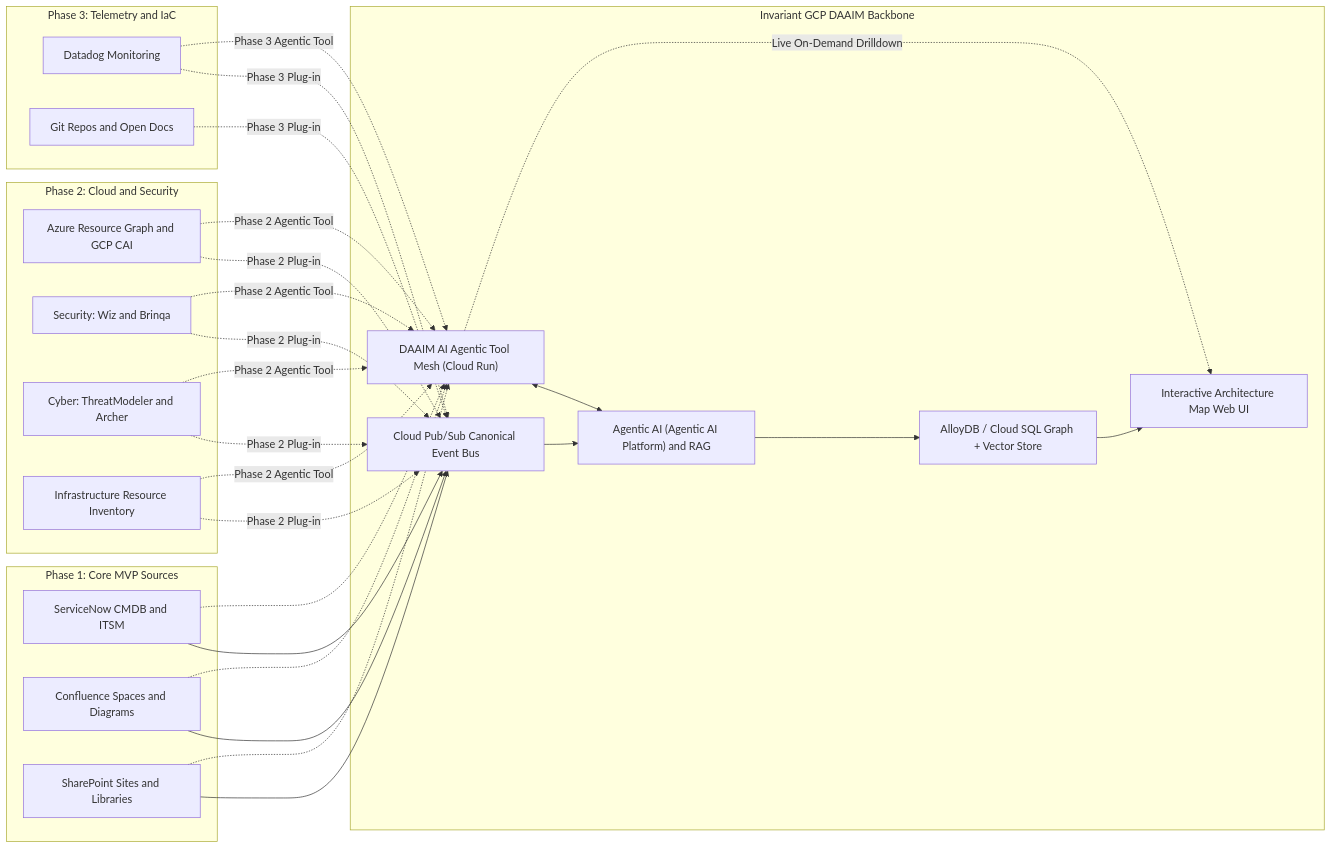
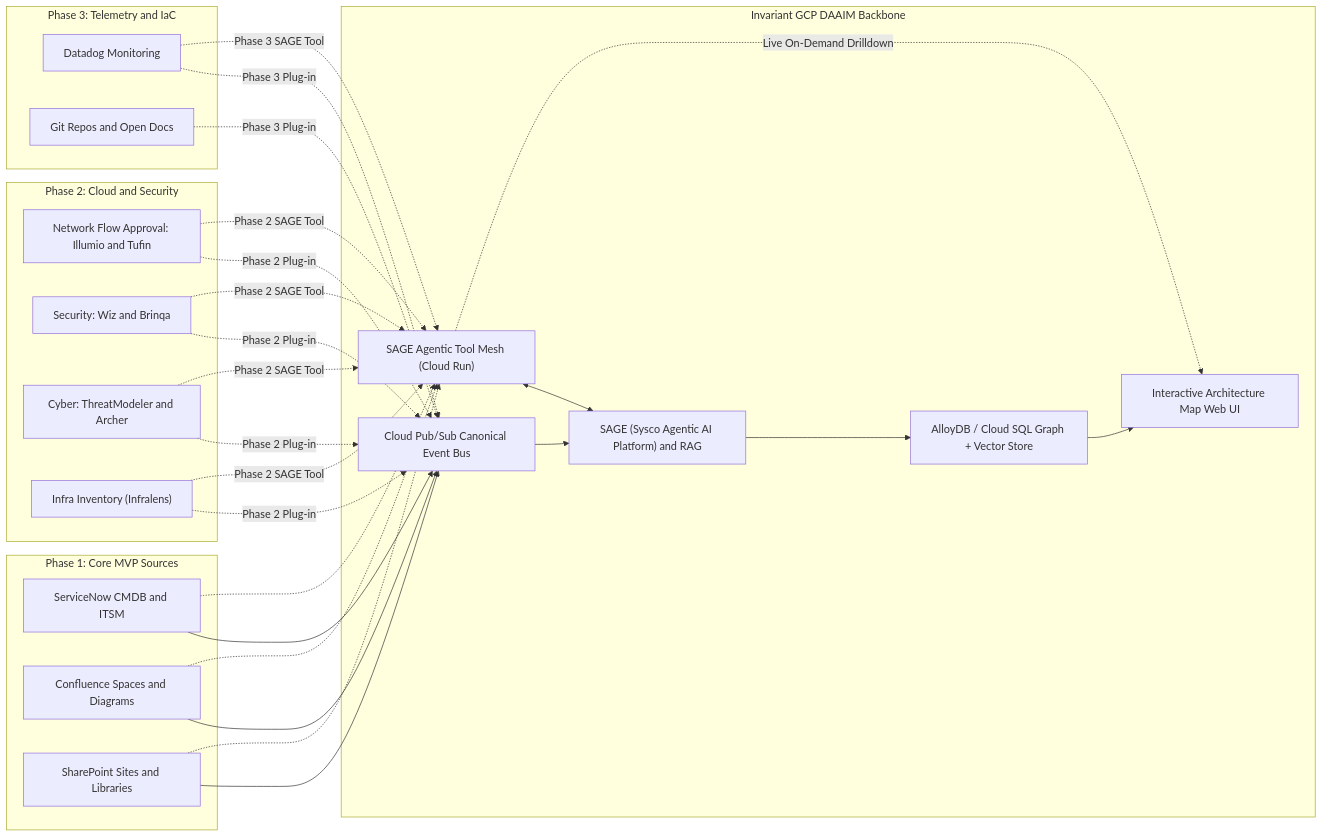
One commit to ScrappyBeard/DAAIM changed the first of 9 diagrams in docs/daaim_architecture_design_doc.md. Above: the diagram before and after it, drawn with Mermaid. The commit also changed other lines of this file and 3 other files, not shown here.

````diff
--- a/docs/daaim_architecture_design_doc.md
+++ b/docs/daaim_architecture_design_doc.md
@@ -35,54 +37,54 @@
 ```mermaid
 flowchart LR
     subgraph P1["Phase 1: Core MVP Sources"]
         SNOW["ServiceNow CMDB and ITSM"]
         CONF["Confluence Spaces and Diagrams"]
         SP["SharePoint Sites and Libraries"]
     end
 
     subgraph P2["Phase 2: Cloud and Security"]
-        CLOUD["Azure Resource Graph and GCP CAI"]
+        CLOUD["Network Flow Approval: Illumio and Tufin"]
         SEC["Security: Wiz and Brinqa"]
         CYBER["Cyber: ThreatModeler and Archer"]
-        RES["Infrastructure Resource Inventory"]
+        RES["Infra Inventory (Infralens)"]
     end
 
     subgraph P3["Phase 3: Telemetry and IaC"]
         OBS["Datadog Monitoring"]
         GIT["Git Repos and Open Docs"]
     end
 
     subgraph CORE["Invariant GCP DAAIM Backbone"]
         PUBSUB["Cloud Pub/Sub Canonical Event Bus"]
-        TOOL_MESH["DAAIM AI Agentic Tool Mesh (Cloud Run)"]
-        VERTEX["Agentic AI (Agentic AI Platform) and RAG"]
+        SAGE_MESH["SAGE Agentic Tool Mesh (Cloud Run)"]
+        VERTEX["SAGE (Sysco Agentic AI Platform) and RAG"]
         STORE["AlloyDB / Cloud SQL Graph + Vector Store"]
         UI["Interactive Architecture Map Web UI"]
     end
 
     SNOW --> PUBSUB
     CONF --> PUBSUB
     SP --> PUBSUB
-    SNOW -.-> TOOL_MESH
-    CONF -.-> TOOL_MESH
-    SP -.-> TOOL_MESH
+    SNOW -.-> SAGE_MESH
+    CONF -.-> SAGE_MESH
+    SP -.-> SAGE_MESH
 
     CLOUD -.->|"Phase 2 Plug-in"| PUBSUB
     SEC -.->|"Phase 2 Plug-in"| PUBSUB
     CYBER -.->|"Phase 2 Plug-in"| PUBSUB
     RES -.->|"Phase 2 Plug-in"| PUBSUB
-    CLOUD -.->|"Phase 2 Agentic Tool"| TOOL_MESH
-    SEC -.->|"Phase 2 Agentic Tool"| TOOL_MESH
-    CYBER -.->|"Phase 2 Agentic Tool"| TOOL_MESH
-    RES -.->|"Phase 2 Agentic Tool"| TOOL_MESH
+    CLOUD -.->|"Phase 2 SAGE Tool"| SAGE_MESH
+    SEC -.->|"Phase 2 SAGE Tool"| SAGE_MESH
+    CYBER -.->|"Phase 2 SAGE Tool"| SAGE_MESH
+    RES -.->|"Phase 2 SAGE Tool"| SAGE_MESH
 
     OBS -.->|"Phase 3 Plug-in"| PUBSUB
     GIT -.->|"Phase 3 Plug-in"| PUBSUB
-    OBS -.->|"Phase 3 Agentic Tool"| TOOL_MESH
+    OBS -.->|"Phase 3 SAGE Tool"| SAGE_MESH
 
     PUBSUB --> VERTEX
-    TOOL_MESH <--> VERTEX
+    SAGE_MESH <--> VERTEX
     VERTEX --> STORE
     STORE --> UI
-    TOOL_MESH -.->|"Live On-Demand Drilldown"| UI
+    SAGE_MESH -.->|"Live On-Demand Drilldown"| UI
 ```
````
